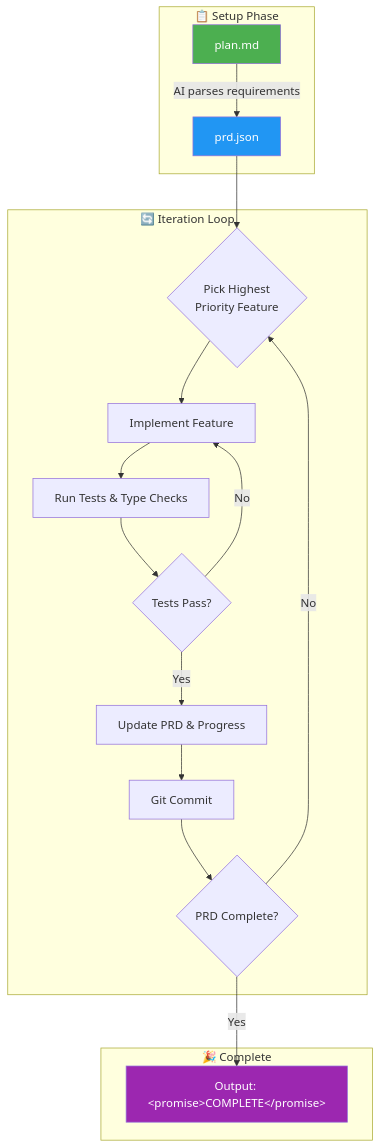
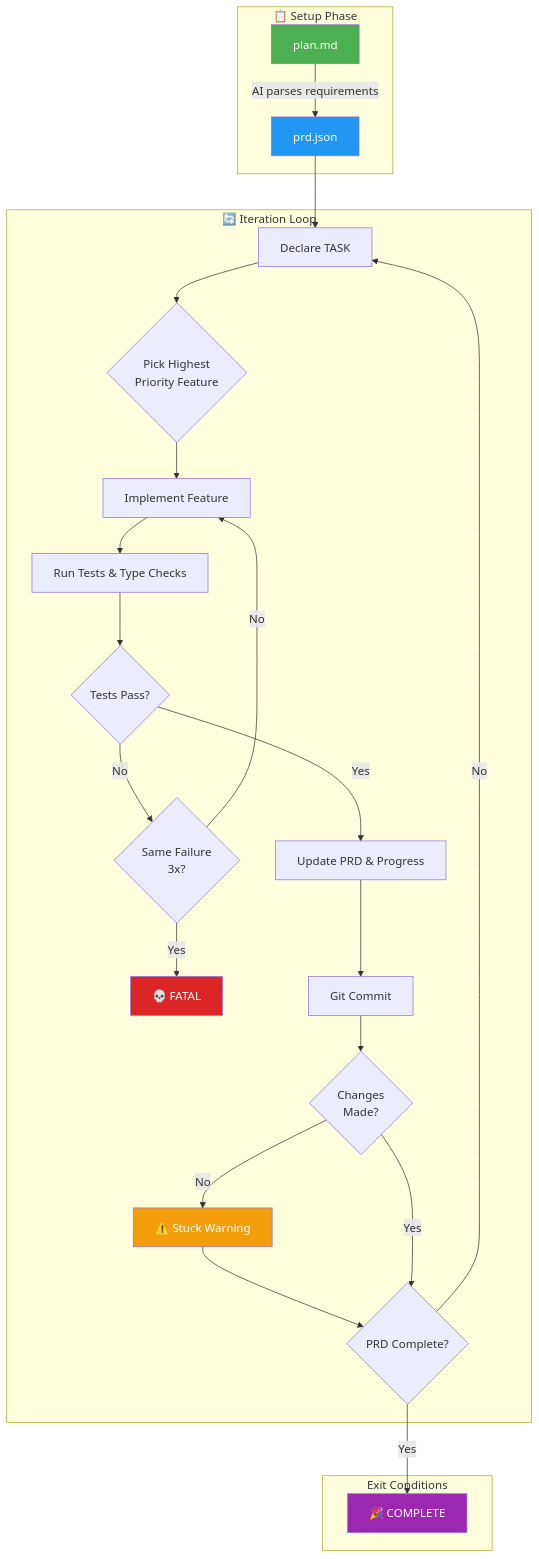
Before and after one commit to rohithgoud30/ralph-wiggum-loop: the diagram in README.md, drawn with Mermaid.

Commit message:
Update How It Works diagram with stop conditions

````diff
--- a/README.md
+++ b/README.md
@@ -76,28 +76,37 @@
 ```mermaid
 flowchart TD
     subgraph Setup["📋 Setup Phase"]
         A[plan.md] -->|"AI parses requirements"| B[prd.json]
     end
 
     subgraph Loop["🔄 Iteration Loop"]
-        C{Pick Highest<br/>Priority Feature} --> D[Implement Feature]
-        D --> E[Run Tests & Type Checks]
-        E --> F{Tests Pass?}
-        F -->|No| D
-        F -->|Yes| G[Update PRD & Progress]
-        G --> H[Git Commit]
-        H --> I{PRD Complete?}
-        I -->|No| C
+        C[Declare TASK] --> D{Pick Highest<br/>Priority Feature}
+        D --> E[Implement Feature]
+        E --> F[Run Tests & Type Checks]
+        F --> G{Tests Pass?}
+        G -->|No| H{Same Failure<br/>3x?}
+        H -->|Yes| FATAL
+        H -->|No| E
+        G -->|Yes| I[Update PRD & Progress]
+        I --> J[Git Commit]
+        J --> K{Changes<br/>Made?}
+        K -->|No| STUCK[⚠️ Stuck Warning]
+        STUCK --> L
+        K -->|Yes| L{PRD Complete?}
+        L -->|No| C
     end
 
-    subgraph Done["🎉 Complete"]
-        J["Output: &lt;promise&gt;COMPLETE&lt;/promise&gt;"]
+    subgraph Exit["Exit Conditions"]
+        COMPLETE["🎉 COMPLETE"]
+        FATAL["💀 FATAL"]
     end
 
     B --> C
-    I -->|Yes| J
+    L -->|Yes| COMPLETE
 
     style A fill:#4CAF50,color:#fff
     style B fill:#2196F3,color:#fff
-    style J fill:#9C27B0,color:#fff
+    style COMPLETE fill:#9C27B0,color:#fff
+    style FATAL fill:#dc2626,color:#fff
+    style STUCK fill:#f59e0b,color:#fff
 ```
````
